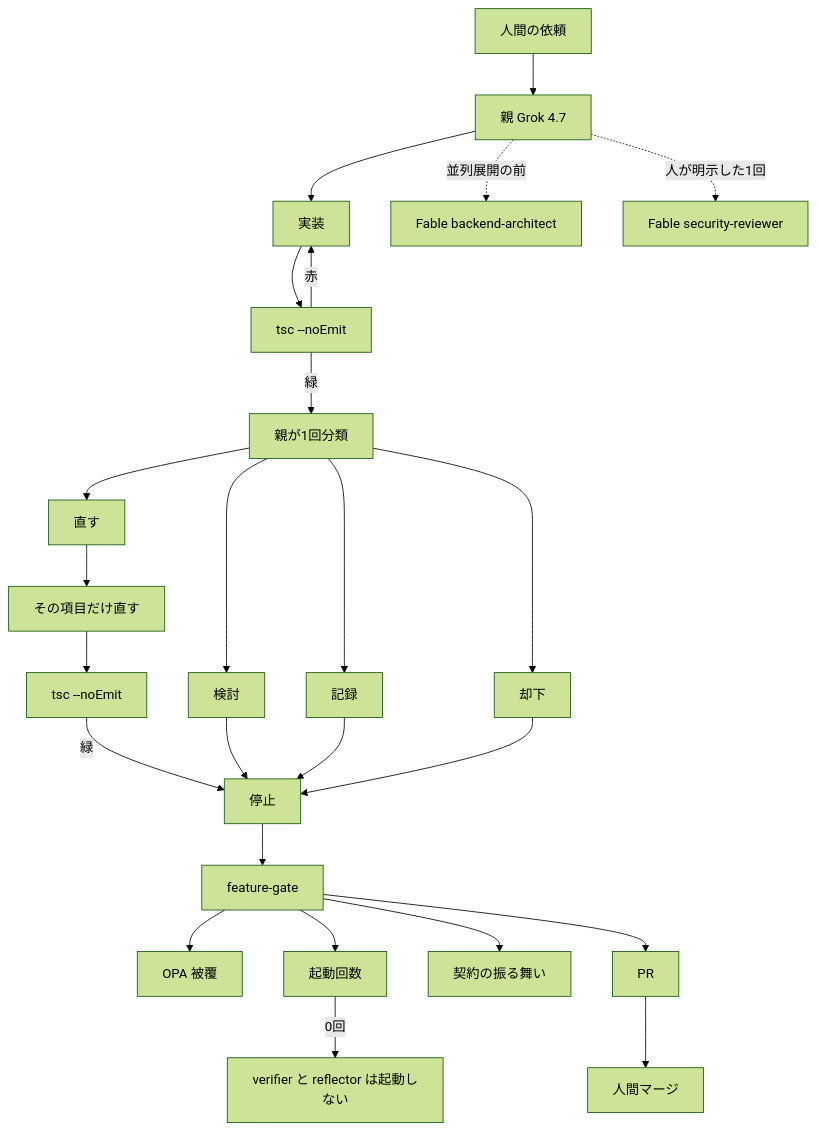
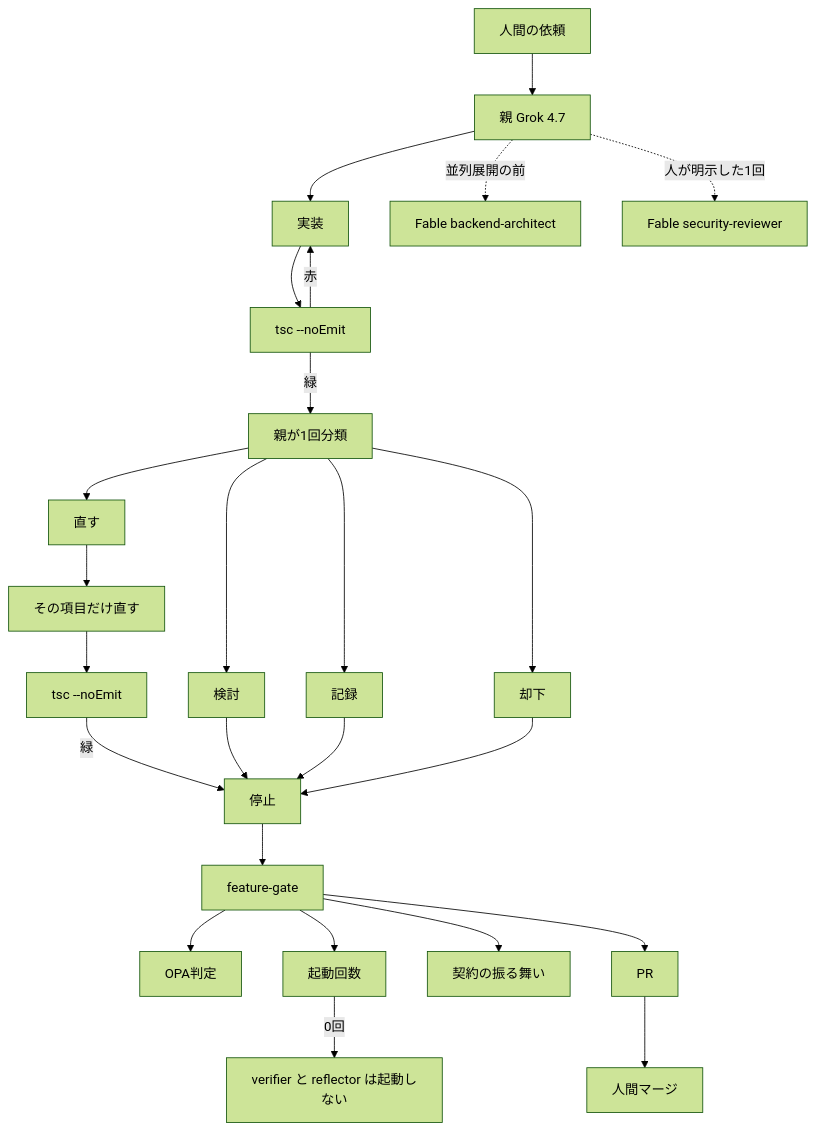
The first of 4 diagrams in README.md (marumo333/marumo333-cursor-harness), drawn with Mermaid (forest theme) before and after one commit. The commit also changed 2 other files, not shown here.

Commit message:
docs: 図の OPA 被覆を OPA判定 と書く。

````diff
--- a/README.md
+++ b/README.md
@@ -51,27 +51,27 @@
 ```mermaid
 flowchart TB
   H["人間の依頼"] --> G["親 Grok 4.7"]
   G --> IMP["実装"]
   IMP --> NE["tsc --noEmit"]
   NE -->|赤| IMP
   NE -->|緑| CLS["親が1回分類"]
   CLS --> FIX["直す"]
   CLS --> HOLD["検討"]
   CLS --> NOTE["記録"]
   CLS --> DROP["却下"]
   FIX --> EDIT["その項目だけ直す"]
   EDIT --> NE2["tsc --noEmit"]
   NE2 -->|緑| STOP["停止"]
   HOLD --> STOP
   NOTE --> STOP
   DROP --> STOP
   STOP --> FG["feature-gate"]
-  FG --> OPA["OPA 被覆"]
+  FG --> OPA["OPA判定"]
   FG --> CAP["起動回数"]
   FG --> BEH["契約の振る舞い"]
   FG --> PR["PR"]
   PR --> HM["人間マージ"]
   G -.->|並列展開の前| BA["Fable backend-architect"]
   G -.->|人が明示した1回| SR["Fable security-reviewer"]
   CAP -->|0回| OFF["verifier と reflector は起動しない"]
 ```
````
